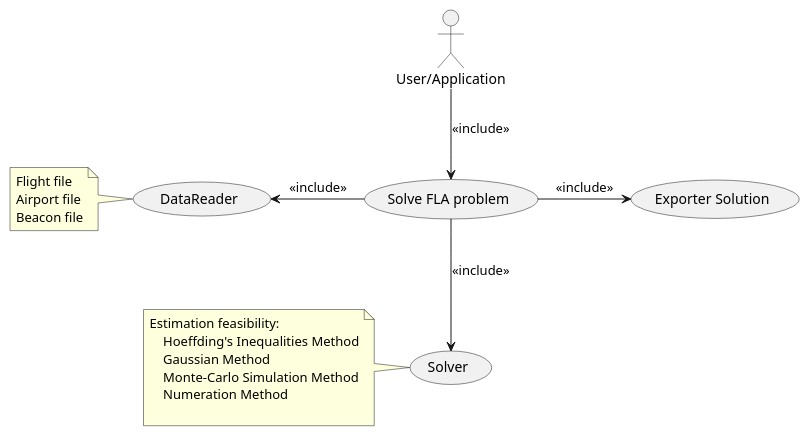
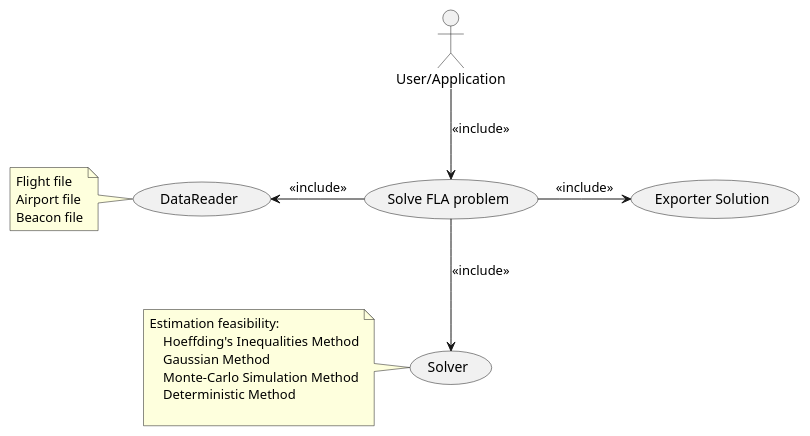
Before and after one commit to martinWANG2014/RobustFLA: the diagram in uml/UseCaseDiagram_RobustFLA.puml, drawn with PlantUML. The commit also changed 18 other files, not shown here.

```diff
--- a/uml/UseCaseDiagram_RobustFLA.puml
+++ b/uml/UseCaseDiagram_RobustFLA.puml
@@ -1,20 +1,20 @@
 @startuml
 :User/Application: as User
 User --> (Solve FLA problem):<<include>>
 (Solve FLA problem) -l-> (DataReader):<<include>>
 note left of (DataReader)
 Flight file
 Airport file
 Beacon file
 end note
 (Solve FLA problem) --> (Solver):<<include>>
 note left of (Solver)
 Estimation feasibility:
     Hoeffding's Inequalities Method
     Gaussian Method
     Monte-Carlo Simulation Method
-    Numeration Method
+    Deterministic Method
 
 end note
 (Solve FLA problem) -r-> (Exporter Solution):<<include>>
 @enduml
```
